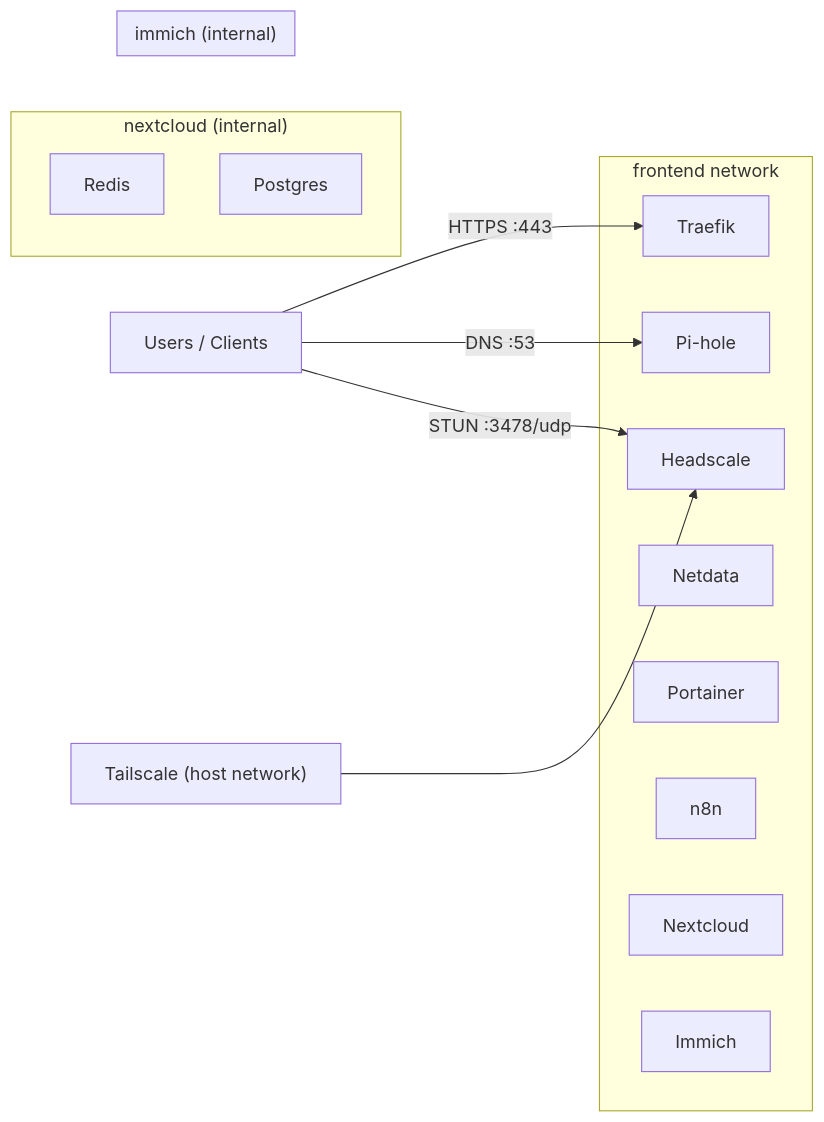
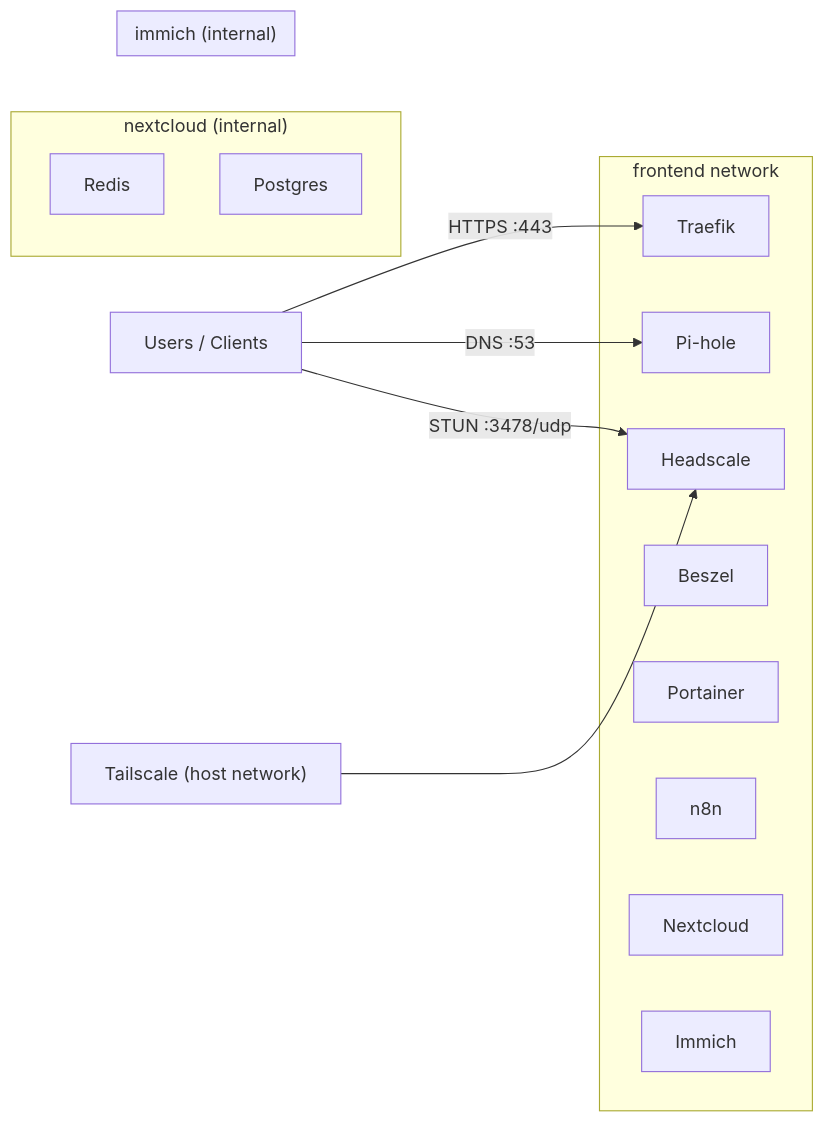
The diagram in README.md (florianajir/pi-web), drawn with Mermaid before and after one commit. The commit also changed other lines of this file and 9 other files, not shown here.

````diff
--- a/README.md
+++ b/README.md
@@ -21,31 +21,31 @@
 ```mermaid
 flowchart LR
   U["Users / Clients"] -->|"HTTPS :443"| T["Traefik"]
   U -->|"DNS :53"| PH["Pi-hole"]
   U -->|"STUN :3478/udp"| HS["Headscale"]
 
   subgraph FE["frontend network"]
     T
     PH
-    ND["Netdata"]
+    ND["Beszel"]
     PT["Portainer"]
     N8["n8n"]
     NC["Nextcloud"]
     IM["Immich"]
     HS
   end
 
   subgraph NCNET["nextcloud (internal)"]
     NC
     R["Redis"]
     PG["Postgres"]
   end
 
   subgraph IMNET["immich (internal)"]
     IM
     R
     PG
   end
 
   TS["Tailscale (host network)"] --> HS
 ```
````
